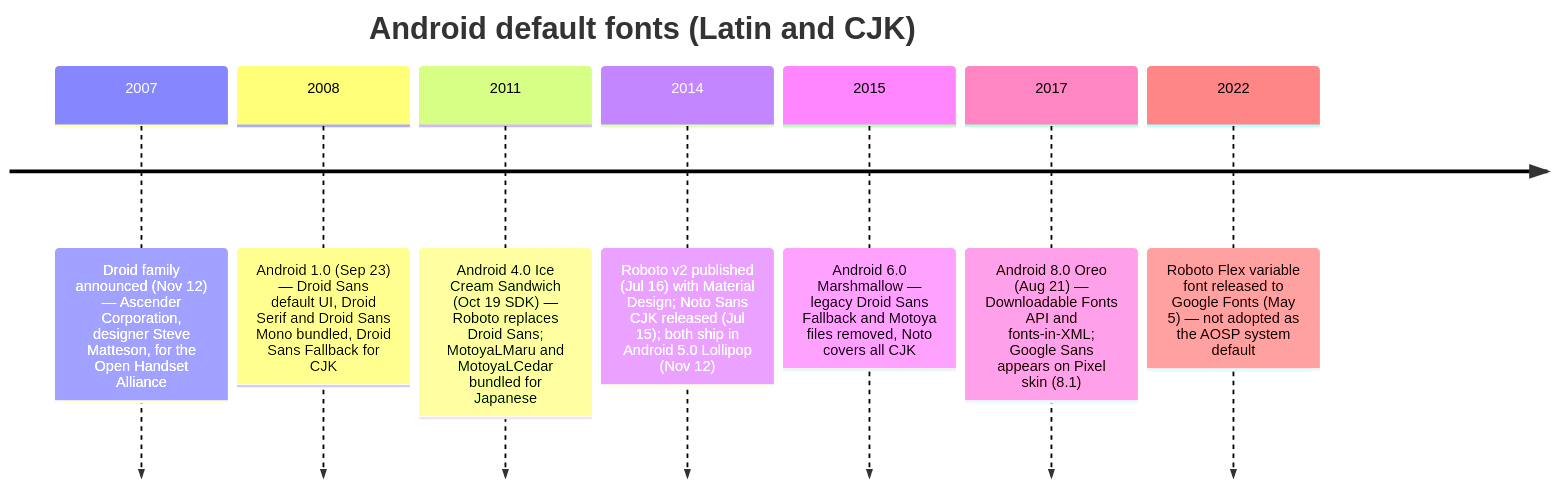
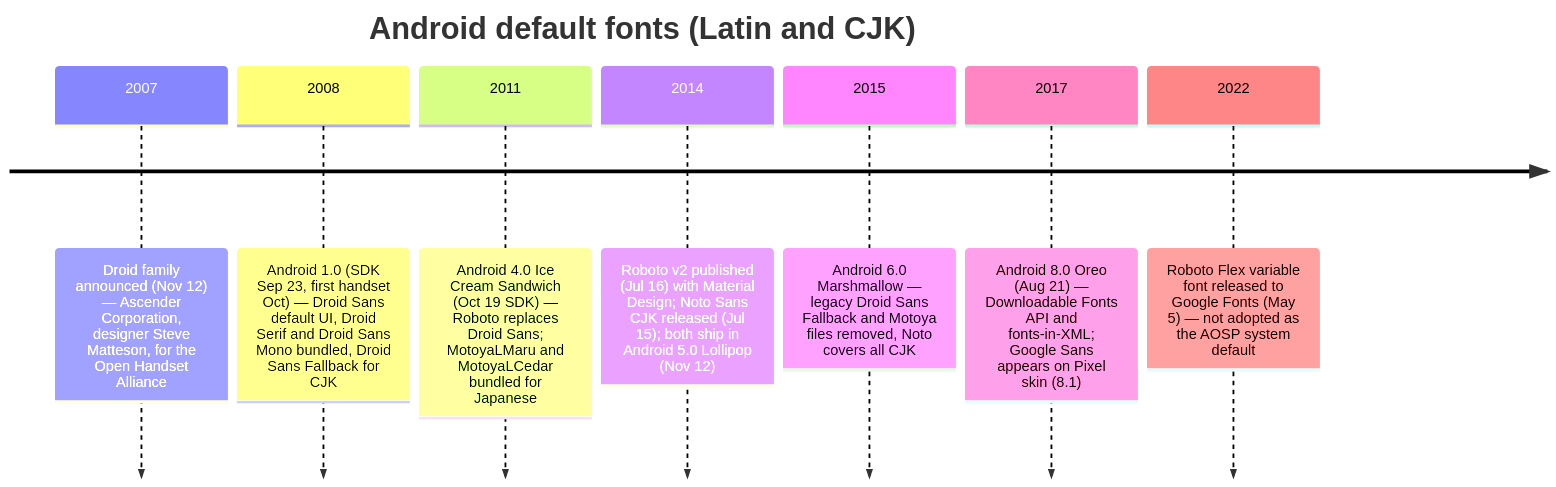
Before and after one commit to SecurityRonin/font-provenance: the sixth of 10 diagrams in docs/font-provenance-timelines.md, drawn with Mermaid. The commit also changed other lines of this file and 3 other files, not shown here.

````diff
--- a/docs/font-provenance-timelines.md
+++ b/docs/font-provenance-timelines.md
@@ -257,11 +257,11 @@
 ```mermaid
 timeline
     title Android default fonts (Latin and CJK)
     2007 : Droid family announced (Nov 12) — Ascender Corporation, designer Steve Matteson, for the Open Handset Alliance
-    2008 : Android 1.0 (Sep 23) — Droid Sans default UI, Droid Serif and Droid Sans Mono bundled, Droid Sans Fallback for CJK
+    2008 : Android 1.0 (SDK Sep 23, first handset Oct) — Droid Sans default UI, Droid Serif and Droid Sans Mono bundled, Droid Sans Fallback for CJK
     2011 : Android 4.0 Ice Cream Sandwich (Oct 19 SDK) — Roboto replaces Droid Sans; MotoyaLMaru and MotoyaLCedar bundled for Japanese
     2014 : Roboto v2 published (Jul 16) with Material Design; Noto Sans CJK released (Jul 15); both ship in Android 5.0 Lollipop (Nov 12)
     2015 : Android 6.0 Marshmallow — legacy Droid Sans Fallback and Motoya files removed, Noto covers all CJK
     2017 : Android 8.0 Oreo (Aug 21) — Downloadable Fonts API and fonts-in-XML; Google Sans appears on Pixel skin (8.1)
     2022 : Roboto Flex variable font released to Google Fonts (May 5) — not adopted as the AOSP system default
 ```
````
